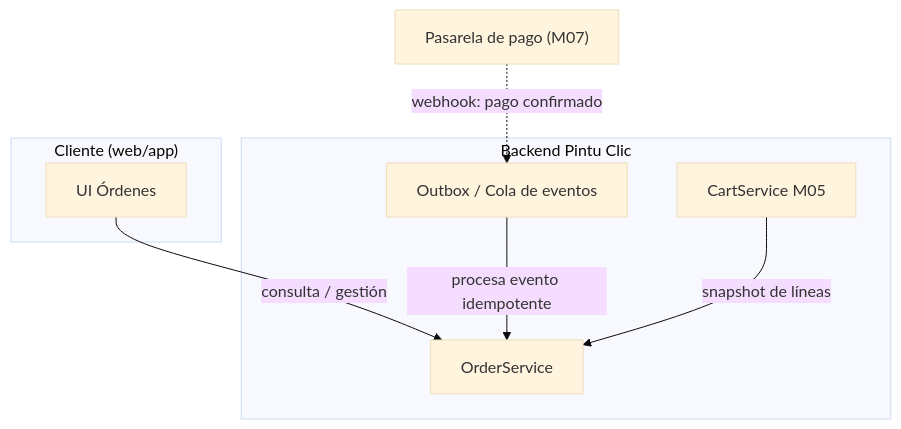
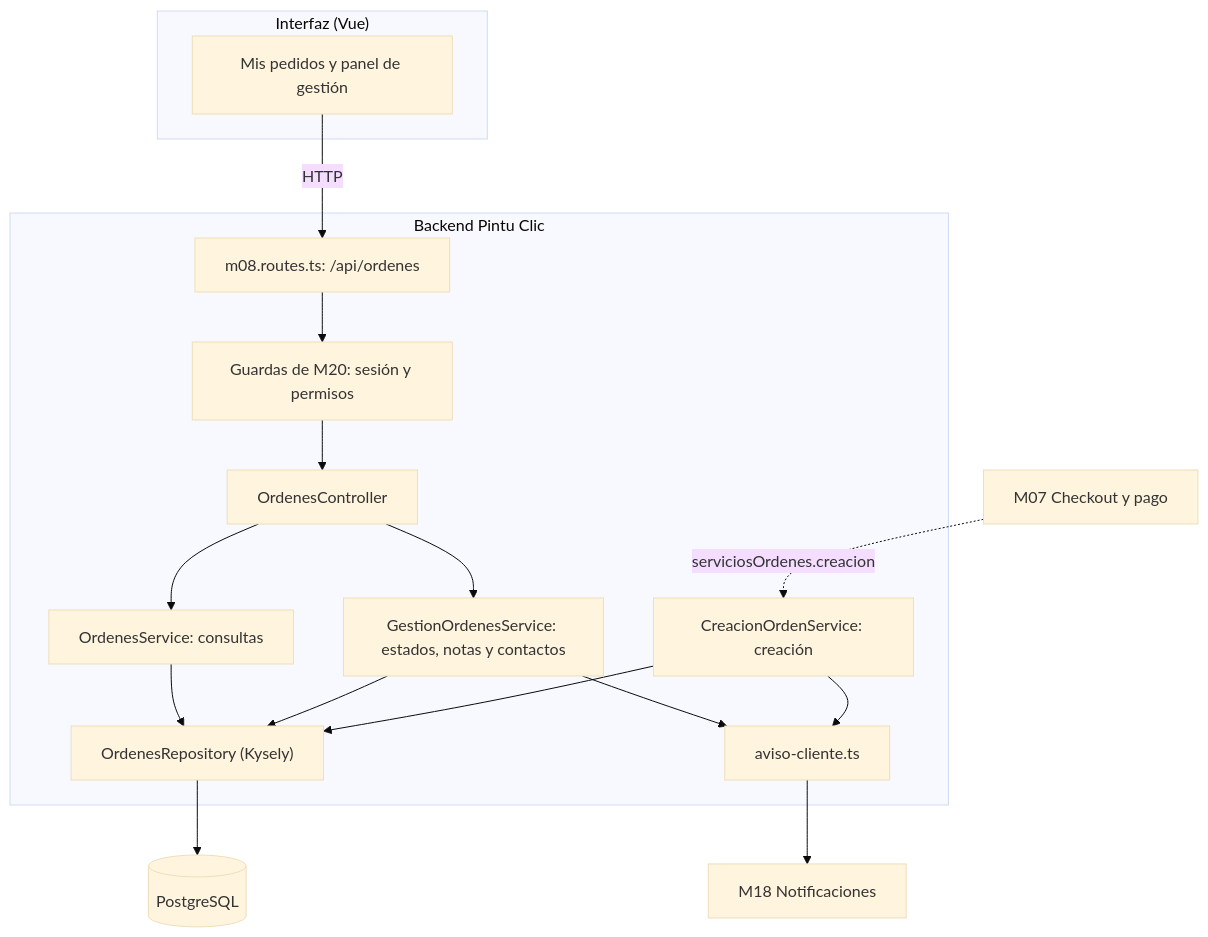
One commit to pintuclic/pintuclic changed the fourth of 4 diagrams in equipo-2-doc/assets/diagrams/M08/M08_Orden_de_venta.md. Above: the diagram before and after it, drawn with Mermaid (base theme). The commit also changed other lines of this file and 6 other files, not shown here.

First line of the commit message:
docs(M08): actualizar diagramas, especificacion y dictamen de cierre del backend

````diff
--- a/equipo-2-doc/assets/diagrams/M08/M08_Orden_de_venta.md
+++ b/equipo-2-doc/assets/diagrams/M08/M08_Orden_de_venta.md
@@ -134,17 +201,32 @@
 ```mermaid
 flowchart TD
-    subgraph Cliente["Cliente (web/app)"]
-        UI["UI Órdenes"]
+    subgraph Interfaz["Interfaz (Vue)"]
+        UI["Mis pedidos y panel de gestión"]
     end
     subgraph Backend["Backend Pintu Clic"]
-        Cart["CartService M05"]
-        Outbox["Outbox / Cola de eventos"]
-        Order["OrderService"]
+        Rutas["m08.routes.ts: /api/ordenes"]
+        Guardas["Guardas de M20: sesión y permisos"]
+        Ctrl["OrdenesController"]
+        Consulta["OrdenesService: consultas"]
+        Gestion["GestionOrdenesService: estados, notas y contactos"]
+        Creacion["CreacionOrdenService: creación"]
+        Aviso["aviso-cliente.ts"]
+        Repo["OrdenesRepository (Kysely)"]
     end
-    Pasarela["Pasarela de pago (M07)"]
+    M07["M07 Checkout y pago"]
+    M18["M18 Notificaciones"]
+    BD[("PostgreSQL")]
 
-    UI -->|consulta / gestión| Order
-    Pasarela -.->|webhook: pago confirmado| Outbox
-    Outbox -->|procesa evento idempotente| Order
-    Cart -->|snapshot de líneas| Order
+    UI -->|HTTP| Rutas
+    Rutas --> Guardas --> Ctrl
+    Ctrl --> Consulta
+    Ctrl --> Gestion
+    M07 -.->|serviciosOrdenes.creacion| Creacion
+    Consulta --> Repo
+    Gestion --> Repo
+    Creacion --> Repo
+    Gestion --> Aviso
+    Creacion --> Aviso
+    Aviso --> M18
+    Repo --> BD
 ```
````
